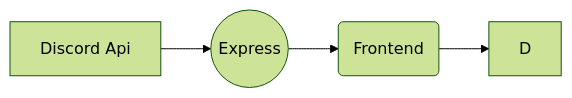
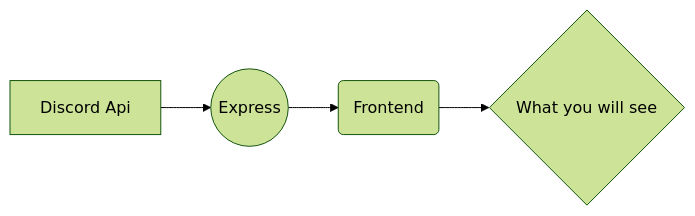
One commit to rupandhungana/discordauth-react-express changed the diagram in README.md. Above: the diagram before and after it, drawn with Mermaid (forest theme).

````diff
--- a/README.md
+++ b/README.md
@@ -5,6 +5,6 @@
 ```mermaid
 graph LR
 A[Discord Api]  --> B((Express))
 B --> C(Frontend)
-C --> D
+C --> D{What you will see}
 ```
````
